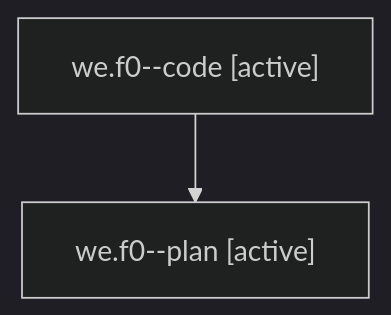
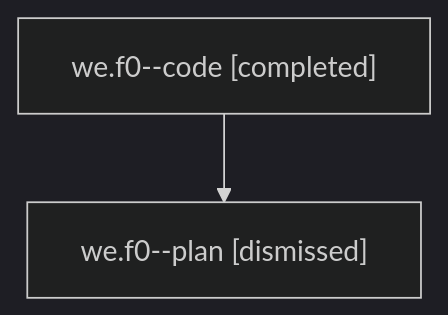
Before and after one commit to sase-org/sase--agents: the diagram in families/bbugyi200.athena.we.f0.md, drawn with Mermaid (dark theme). The commit also changed other lines of this file and 1497 other files, not shown here.

````diff
--- a/families/bbugyi200.athena.we.f0.md
+++ b/families/bbugyi200.athena.we.f0.md
@@ -9,6 +9,6 @@
 ```mermaid
 flowchart TD
-  n0["we.f0--code [active]"]
-  n1["we.f0--plan [active]"]
+  n0["we.f0--code [completed]"]
+  n1["we.f0--plan [dismissed]"]
   n0 --> n1
 ```
````
